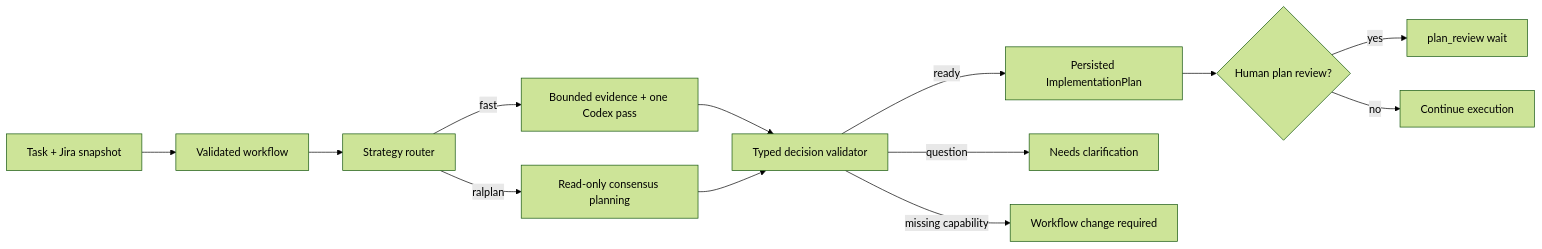
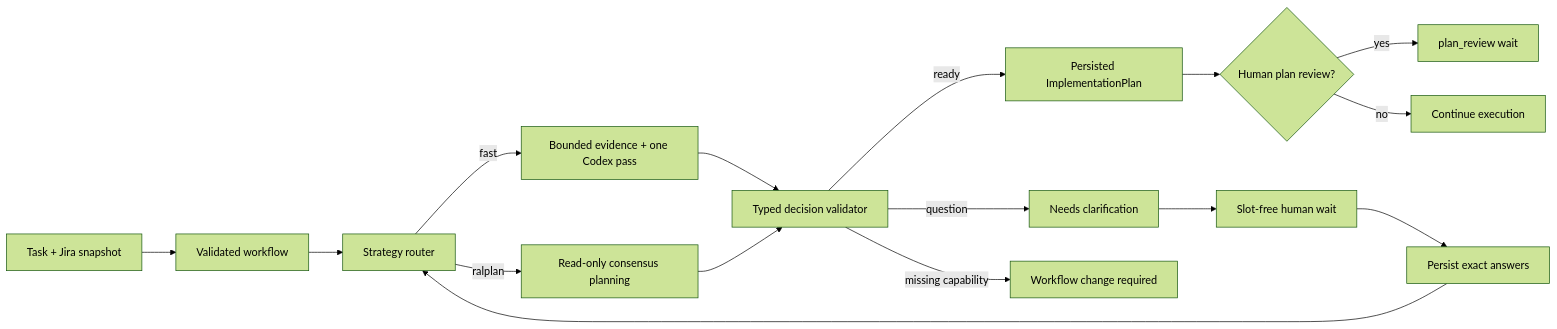
Before and after one commit to Muslik/tasker: the diagram in docs/codex/m2.1-implementation-planning.md, drawn with Mermaid (forest theme). The commit also changed other lines of this file and 15 other files, not shown here.

````diff
--- a/docs/codex/m2.1-implementation-planning.md
+++ b/docs/codex/m2.1-implementation-planning.md
@@ -11,15 +11,18 @@
 ```mermaid
 flowchart LR
   T["Task + Jira snapshot"] --> W["Validated workflow"]
   W --> R["Strategy router"]
   R -->|"fast"| B["Bounded evidence + one Codex pass"]
   R -->|"ralplan"| C["Read-only consensus planning"]
   B --> V["Typed decision validator"]
   C --> V
   V -->|"ready"| P["Persisted ImplementationPlan"]
   V -->|"question"| Q["Needs clarification"]
+  Q --> CQ["Slot-free human wait"]
+  CQ --> CA["Persist exact answers"]
+  CA --> R
   V -->|"missing capability"| X["Workflow change required"]
   P --> A{"Human plan review?"}
   A -->|"yes"| H["plan_review wait"]
   A -->|"no"| E["Continue execution"]
 ```
````
